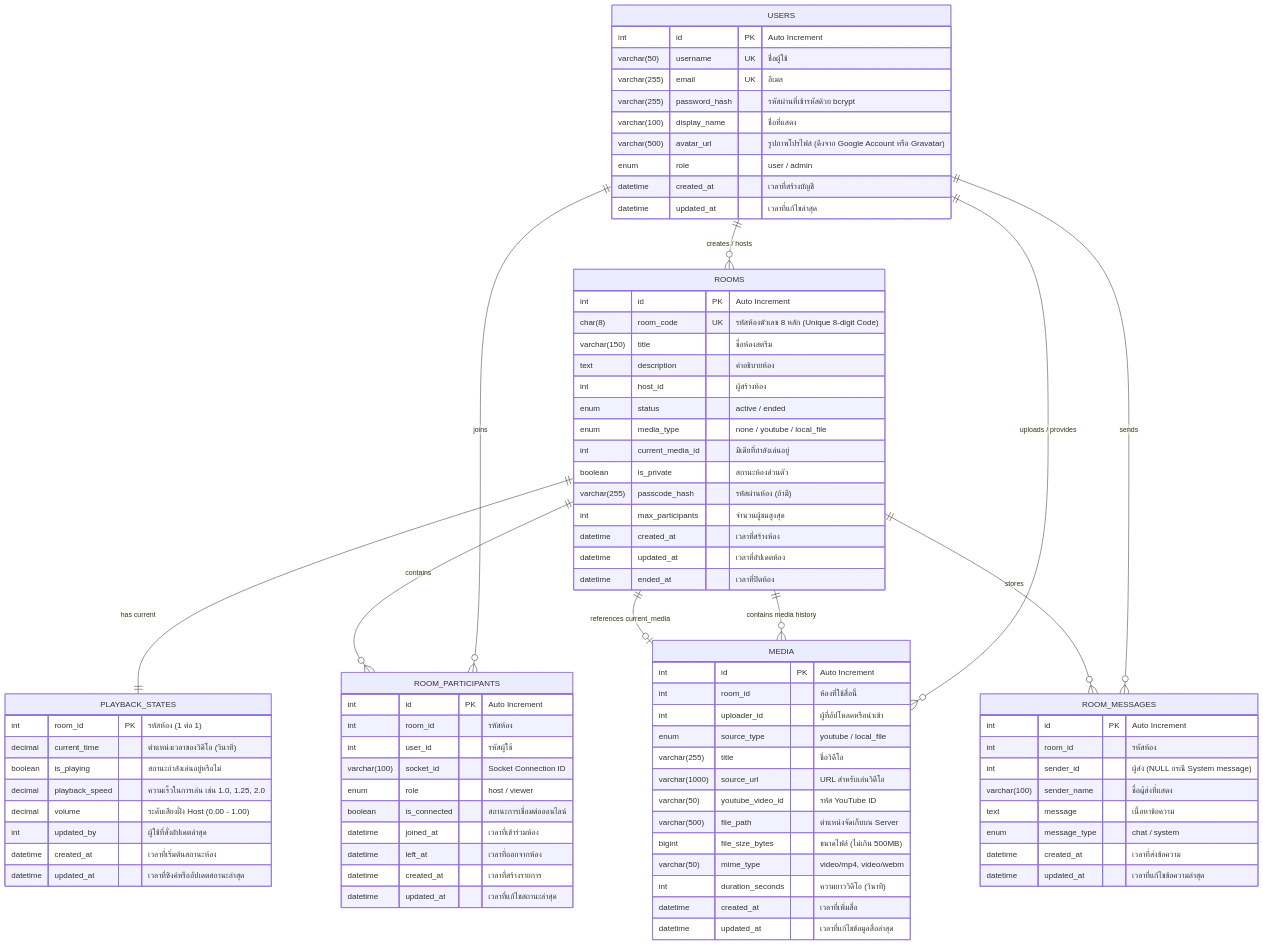
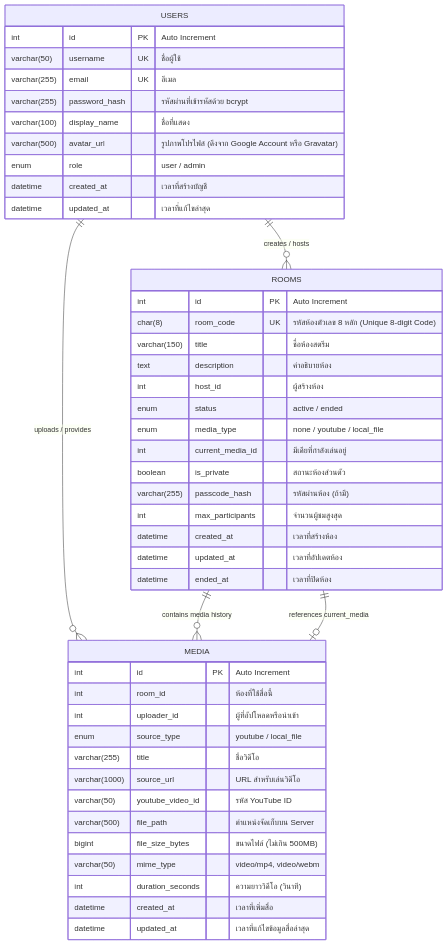
The third of 3 diagrams in SRS.md (PeterGamez/YouStream), drawn with Mermaid before and after one commit. The commit also changed other lines of this file, not shown here.

Commit message:
update system requirements specification in SRS.md

````diff
--- a/SRS.md
+++ b/SRS.md
@@ -212,12 +217,6 @@
 erDiagram
     USERS ||--o{ ROOMS : "creates / hosts"
     USERS ||--o{ MEDIA : "uploads / provides"
-    USERS ||--o{ ROOM_PARTICIPANTS : "joins"
-    USERS ||--o{ ROOM_MESSAGES : "sends"
-
-    ROOMS ||--|| PLAYBACK_STATES : "has current"
-    ROOMS ||--o{ ROOM_PARTICIPANTS : "contains"
-    ROOMS ||--o{ ROOM_MESSAGES : "stores"
     ROOMS ||--o{ MEDIA : "contains media history"
     ROOMS ||--o| MEDIA : "references current_media"
 
@@ -265,39 +264,4 @@
         datetime created_at "เวลาที่เพิ่มสื่อ"
         datetime updated_at "เวลาที่แก้ไขข้อมูลสื่อล่าสุด"
     }
-
-    PLAYBACK_STATES {
-        int room_id PK "รหัสห้อง (1 ต่อ 1)"
-        decimal current_time "ตำแหน่งเวลาของวิดีโอ (วินาที)"
-        boolean is_playing "สถานะกำลังเล่นอยู่หรือไม่"
-        decimal playback_speed "ความเร็วในการเล่น เช่น 1.0, 1.25, 2.0"
-        decimal volume "ระดับเสียงฝั่ง Host (0.00 - 1.00)"
-        int updated_by "ผู้ใช้ที่สั่งอัปเดตล่าสุด"
-        datetime created_at "เวลาที่เริ่มต้นสถานะห้อง"
-        datetime updated_at "เวลาที่ซิงค์หรืออัปเดตสถานะล่าสุด"
-    }
-
-    ROOM_PARTICIPANTS {
-        int id PK "Auto Increment"
-        int room_id "รหัสห้อง"
-        int user_id "รหัสผู้ใช้"
-        varchar(100) socket_id "Socket Connection ID"
-        enum role "host / viewer"
-        boolean is_connected "สถานะการเชื่อมต่อออนไลน์"
-        datetime joined_at "เวลาที่เข้าร่วมห้อง"
-        datetime left_at "เวลาที่ออกจากห้อง"
-        datetime created_at "เวลาที่สร้างรายการ"
-        datetime updated_at "เวลาที่แก้ไขสถานะล่าสุด"
-    }
-
-    ROOM_MESSAGES {
-        int id PK "Auto Increment"
-        int room_id "รหัสห้อง"
-        int sender_id "ผู้ส่ง (NULL กรณี System message)"
-        varchar(100) sender_name "ชื่อผู้ส่งที่แสดง"
-        text message "เนื้อหาข้อความ"
-        enum message_type "chat / system"
-        datetime created_at "เวลาที่ส่งข้อความ"
-        datetime updated_at "เวลาที่แก้ไขข้อความล่าสุด"
-    }
 ```
````
